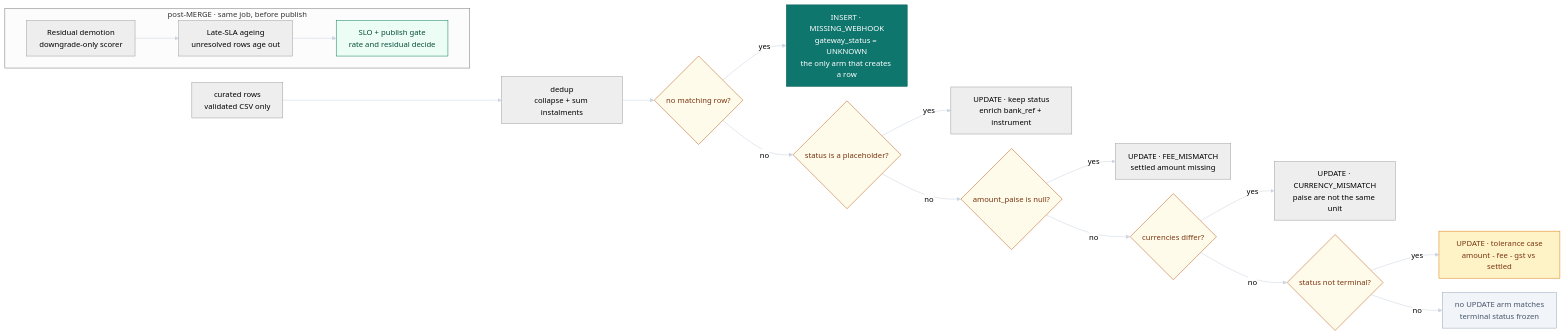
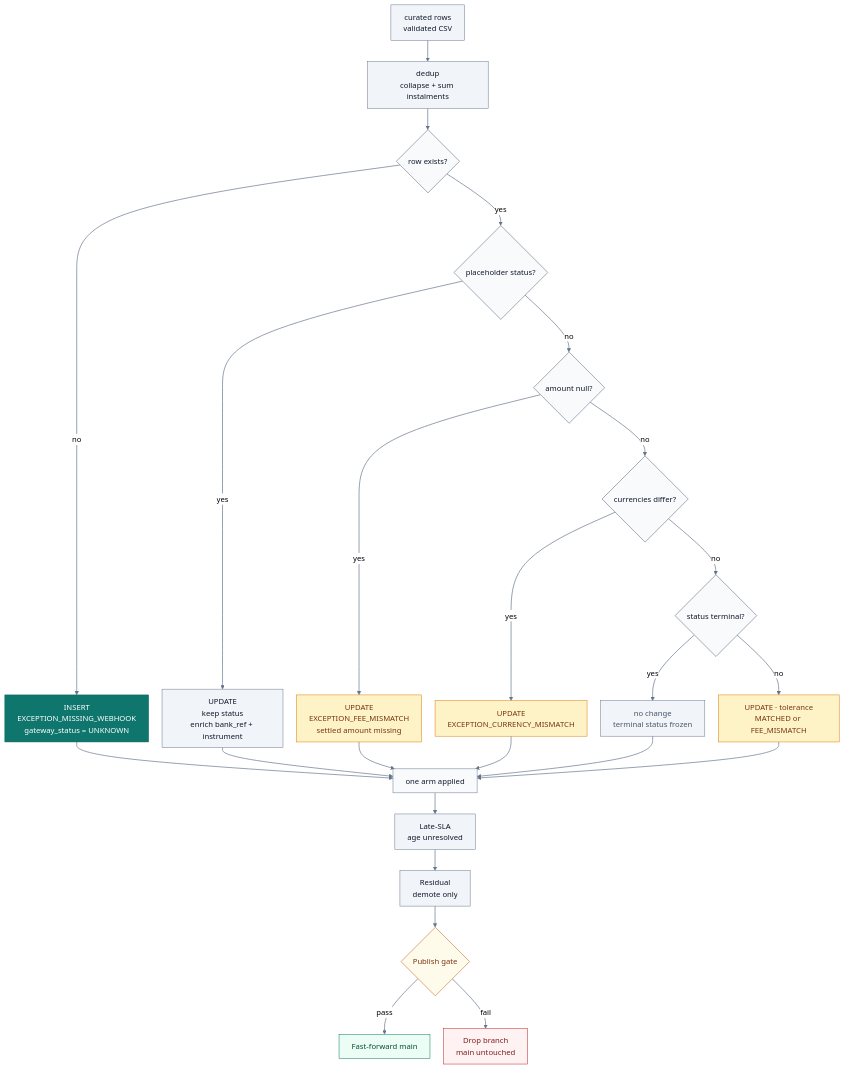
The second of 2 diagrams in docs/ARCHITECTURE.md (DhanushPillay/tx-recon), drawn with Mermaid (neutral theme) before and after one commit. The commit also changed other lines of this file and 1 other file, not shown here.

Commit message:
docs: redraw the architecture diagrams
The README diagram was a wide ribbon that left out the bank leg and its serve node had no text color for dark mode. Split it into the three legs feeding one table and a compact batch lifecycle. The architecture graphs get the same treatment: the redundant read-only box is gone, the bank leg is no longer colored as read-only, and the write claim now matches the edges. The MERGE tree connects every arm through late-SLA, residual, and the gate in the order the job runs. All nodes have explicit colors, links are darker, and every diagram has accTitle and accDescr.

````diff
--- a/docs/ARCHITECTURE.md
+++ b/docs/ARCHITECTURE.md
@@ -47,29 +45,46 @@
 ```mermaid
-%%{init: {"look": "classic", "layout": "dagre", "flowchart": {"curve": "basis", "nodeSpacing": 30, "rankSpacing": 66, "padding": 13, "useMaxWidth": true}}}%%
-flowchart LR
-  IN["curated rows<br/>validated CSV only"] --> DD["dedup<br/>collapse + sum instalments"]
+%%{init: {"look": "classic", "layout": "dagre", "flowchart": {"curve": "basis", "nodeSpacing": 28, "rankSpacing": 44, "padding": 13, "useMaxWidth": true}}}%%
+flowchart TB
+  accTitle: MERGE decision tree
+  accDescr: Rows without a webhook insert a missing-webhook row; existing rows update by placeholder, missing amount, currency, or tolerance; then late-SLA, residual, and the publish gate decide.
 
-  DD --> C1{"no matching row?"}:::gate
-  C1 -->|"yes"| ARM1["INSERT · MISSING_WEBHOOK<br/>gateway_status = UNKNOWN<br/>the only arm that creates a row"]:::insert
-  C1 -->|"no"| C2{"status is a placeholder?"}:::gate
-  C2 -->|"yes"| ARM2["UPDATE · keep status<br/>enrich bank_ref + instrument"]
-  C2 -->|"no"| C3{"amount_paise is null?"}:::gate
-  C3 -->|"yes"| ARM3["UPDATE · FEE_MISMATCH<br/>settled amount missing"]
-  C3 -->|"no"| CC{"currencies differ?"}:::gate
-  CC -->|"yes"| ARMC["UPDATE · CURRENCY_MISMATCH<br/>paise are not the same unit"]
-  CC -->|"no"| C4{"status not terminal?"}:::gate
-  C4 -->|"yes"| ARM4["UPDATE · tolerance case<br/>amount - fee - gst vs settled"]:::warn
-  C4 -->|"no"| FROZEN["no UPDATE arm matches<br/>terminal status frozen"]:::frozen
+  IN["curated rows<br/>validated CSV"]:::process --> DD["dedup<br/>collapse + sum instalments"]:::process
+  DD --> C1{"row exists?"}:::decision
 
-  subgraph POST["post-MERGE · same job, before publish"]
-    direction LR
-    PM1["Residual demotion<br/>downgrade-only scorer"] --> PM2["Late-SLA ageing<br/>unresolved rows age out"] --> PM3["SLO + publish gate<br/>rate and residual decide"]:::publish
-  end
+  C1 -->|"no"| A1["INSERT<br/>EXCEPTION_MISSING_WEBHOOK<br/>gateway_status = UNKNOWN"]:::insert
+  C1 -->|"yes"| C2{"placeholder status?"}:::decision
+
+  C2 -->|"yes"| A2["UPDATE<br/>keep status<br/>enrich bank_ref + instrument"]:::process
+  C2 -->|"no"| C3{"amount null?"}:::decision
+
+  C3 -->|"yes"| A3["UPDATE<br/>EXCEPTION_FEE_MISMATCH<br/>settled amount missing"]:::warn
+  C3 -->|"no"| C4{"currencies differ?"}:::decision
+
+  C4 -->|"yes"| A4["UPDATE<br/>EXCEPTION_CURRENCY_MISMATCH"]:::warn
+  C4 -->|"no"| C5{"status terminal?"}:::decision
+
+  C5 -->|"yes"| A5["no change<br/>terminal status frozen"]:::frozen
+  C5 -->|"no"| A6["UPDATE · tolerance<br/>MATCHED or FEE_MISMATCH"]:::warn
+
+  A1 --> DONE["one arm applied"]:::junction
+  A2 --> DONE
+  A3 --> DONE
+  A4 --> DONE
+  A5 --> DONE
+  A6 --> DONE
+
+  DONE --> L["Late-SLA<br/>age unresolved"]:::process --> RS["Residual<br/>demote only"]:::process --> G{"Publish gate"}:::gate
+  G -->|"pass"| P["Fast-forward main"]:::publish
+  G -->|"fail"| X["Drop branch<br/>main untouched"]:::dead
 
   classDef gate fill:#FFFBEB,stroke:#B45309,color:#78350F,stroke-width:1px;
   classDef insert fill:#0F766E,stroke:#0B5F58,color:#FFFFFF,stroke-width:1px;
   classDef warn fill:#FEF3C7,stroke:#D97706,color:#78350F,stroke-width:1px;
-  classDef frozen fill:#F1F5F9,stroke:#94A3B8,color:#475569,stroke-width:1px;
+  classDef frozen fill:#F1F5F9,stroke:#64748B,color:#475569,stroke-width:1px;
+  classDef junction fill:#F8FAFC,stroke:#64748B,color:#0F172A,stroke-width:1px;
+  classDef process fill:#F1F5F9,stroke:#64748B,color:#0F172A,stroke-width:1px;
+  classDef decision fill:#F8FAFC,stroke:#475569,color:#0F172A,stroke-width:1px;
   classDef publish fill:#ECFDF5,stroke:#047857,color:#064E3B,stroke-width:1px;
-  linkStyle default stroke:#CBD5E1,stroke-width:1.1px;
+  classDef dead fill:#FEF2F2,stroke:#B91C1C,color:#7F1D1D,stroke-width:1px;
+  linkStyle default stroke:#64748B,stroke-width:1.4px;
 ```
````
